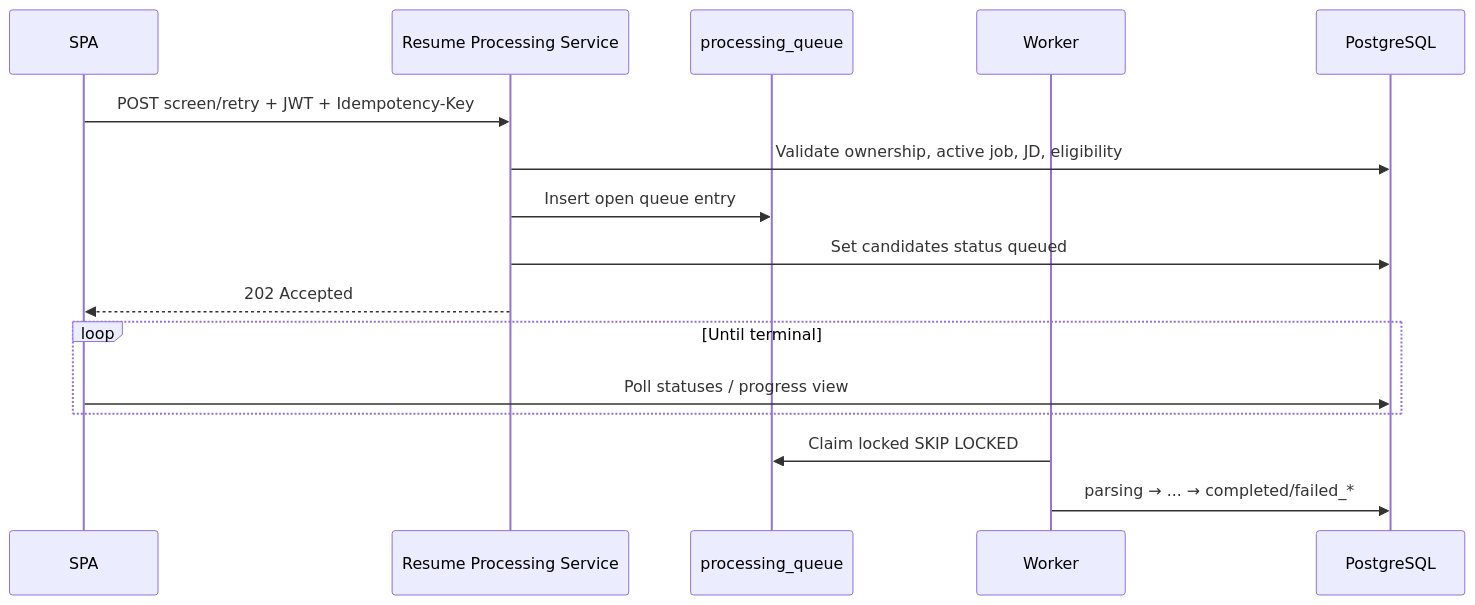
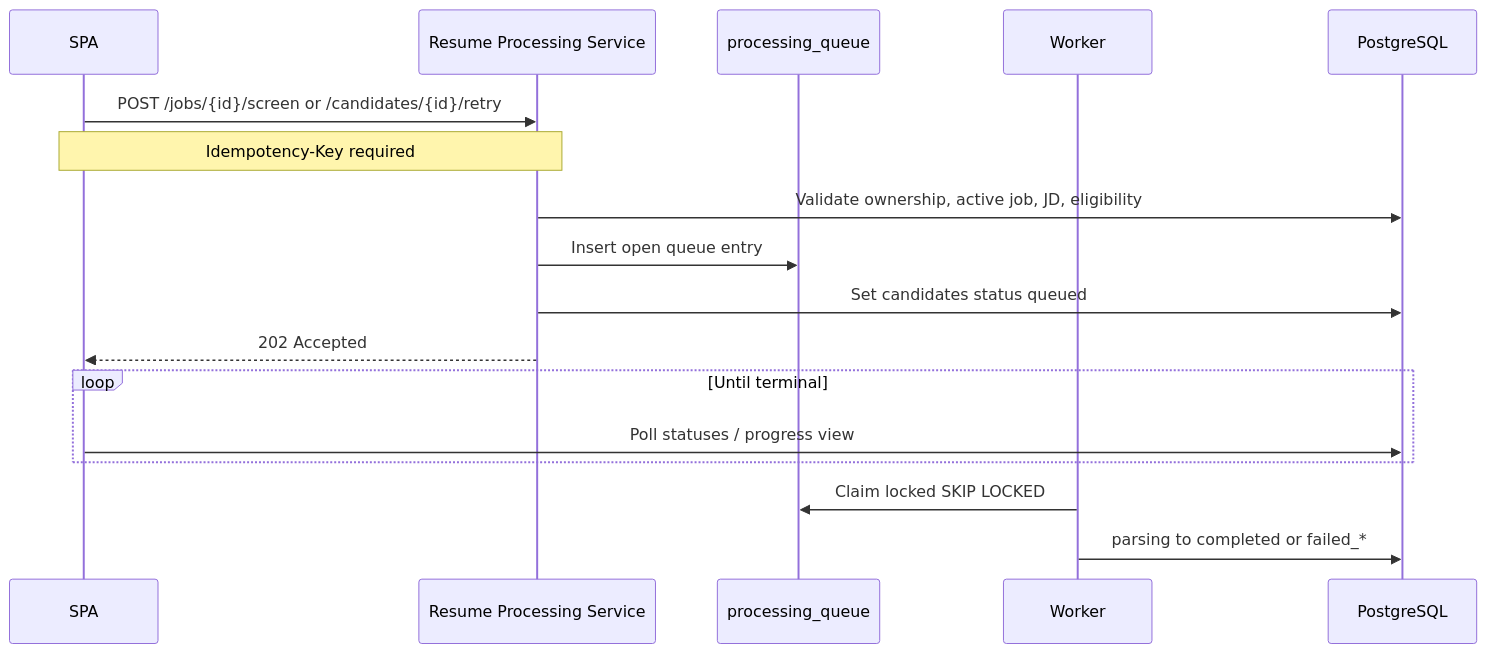
One commit to VishnuVardhan-CH-2022/resume-rank-ai-dev changed the sixth of 12 diagrams in docs/02-design/06-API-Design-Specification.md. Above: the diagram before and after it, drawn with Mermaid. The commit also changed other lines of this file and 4 other files, not shown here.

````diff
--- a/docs/02-design/06-API-Design-Specification.md
+++ b/docs/02-design/06-API-Design-Specification.md
@@ -604,18 +671,19 @@
 ```mermaid
 sequenceDiagram
   participant SPA
   participant RPS as Resume Processing Service
   participant Q as processing_queue
   participant W as Worker
   participant DB as PostgreSQL
-  SPA->>RPS: POST screen/retry + JWT + Idempotency-Key
+  SPA->>RPS: POST /jobs/{id}/screen or /candidates/{id}/retry
+  Note over SPA,RPS: Idempotency-Key required
   RPS->>DB: Validate ownership, active job, JD, eligibility
   RPS->>Q: Insert open queue entry
   RPS->>DB: Set candidates status queued
   RPS-->>SPA: 202 Accepted
   loop Until terminal
     SPA->>DB: Poll statuses / progress view
   end
   W->>Q: Claim locked SKIP LOCKED
-  W->>DB: parsing → ... → completed/failed_*
+  W->>DB: parsing to completed or failed_*
 ```
````
